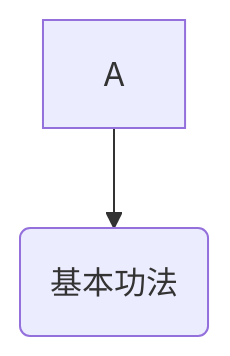
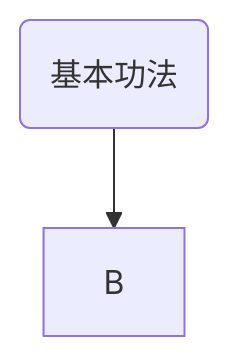
One commit to hfyeh/taiji changed the third of 3 diagrams in chap04/README.md. Above: the diagram before and after it, drawn with Mermaid.

````diff
--- a/chap04/README.md
+++ b/chap04/README.md
@@ -30,4 +30,4 @@
 ```mermaid
 graph TD;
-    A-->B(基本功法);
+    A(基本功法)-->B;
 ```
````
